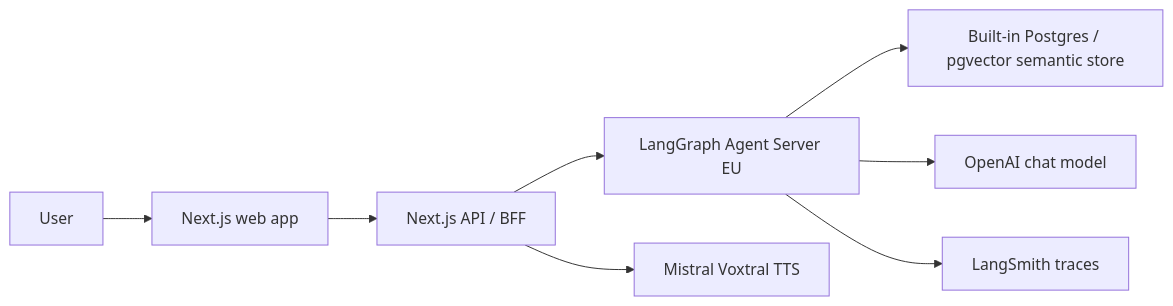
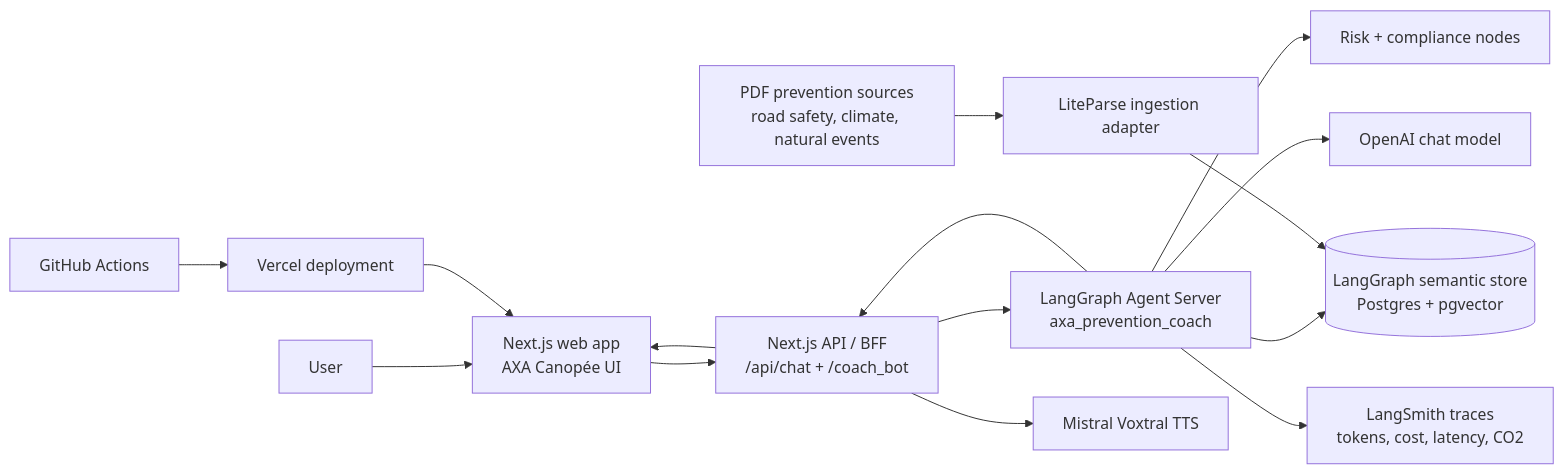
Before and after one commit to gfortaine/prevention-coach-rag: the diagram in README.md, drawn with Mermaid. The commit also changed other lines of this file and 14 other files, not shown here.

````diff
--- a/README.md
+++ b/README.md
@@ -15,10 +15,17 @@
 ```mermaid
 flowchart LR
-  U[User] --> W[Next.js web app]
-  W --> BFF[Next.js API / BFF]
-  BFF --> LG[LangGraph Agent Server EU]
-  LG --> RAG[Built-in Postgres / pgvector semantic store]
+  U[User] --> WEB[Next.js web app<br/>AXA Canopée UI]
+  WEB --> BFF[Next.js API / BFF<br/>/api/chat + /coach_bot]
+  BFF --> LG[LangGraph Agent Server<br/>axa_prevention_coach]
+  LG --> RISK[Risk + compliance nodes]
+  LG --> STORE[(LangGraph semantic store<br/>Postgres + pgvector)]
+  PDF[PDF prevention sources<br/>road safety, climate, natural events] --> INGEST[LiteParse ingestion adapter]
+  INGEST --> STORE
   LG --> LLM[OpenAI chat model]
-  LG --> LS[LangSmith traces]
+  LG --> LS[LangSmith traces<br/>tokens, cost, latency, CO2]
+  LG --> BFF
   BFF --> TTS[Mistral Voxtral TTS]
+  BFF --> WEB
+  GH[GitHub Actions] --> VERCEL[Vercel deployment]
+  VERCEL --> WEB
 ```
````
